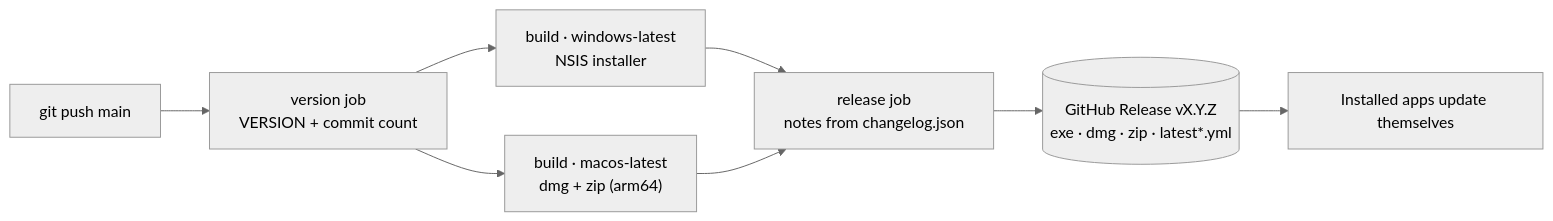
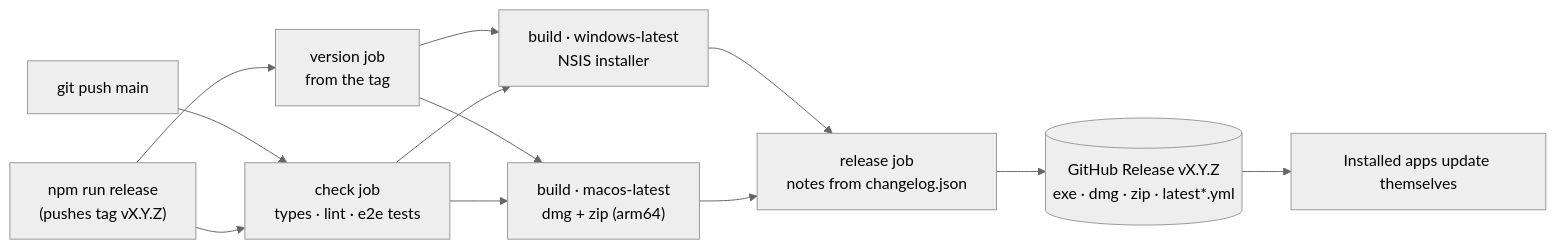
Before and after one commit to harindujayakody/bubble-studio: the sixth of 6 diagrams in docs/ARCHITECTURE.md, drawn with Mermaid (neutral theme). The commit also changed other lines of this file and 11 other files, not shown here.

First line of the commit message:
Release on purpose; one version source; Dependabot

````diff
--- a/docs/ARCHITECTURE.md
+++ b/docs/ARCHITECTURE.md
@@ -199,10 +199,14 @@
 ```mermaid
 flowchart LR
-  push["git push main"] --> v["version job<br/>VERSION + commit count"]
+  push["git push main"] --> c["check job<br/>types · lint · e2e tests"]
+  tag["npm run release<br/>(pushes tag vX.Y.Z)"] --> v["version job<br/>from the tag"]
+  tag --> c
   v --> bw["build · windows-latest<br/>NSIS installer"]
+  c --> bw
   v --> bm["build · macos-latest<br/>dmg + zip (arm64)"]
+  c --> bm
   bw --> r["release job<br/>notes from changelog.json"]
   bm --> r
   r --> gh[("GitHub Release vX.Y.Z<br/>exe · dmg · zip · latest*.yml")]
   gh --> apps["Installed apps update themselves"]
 ```
````
